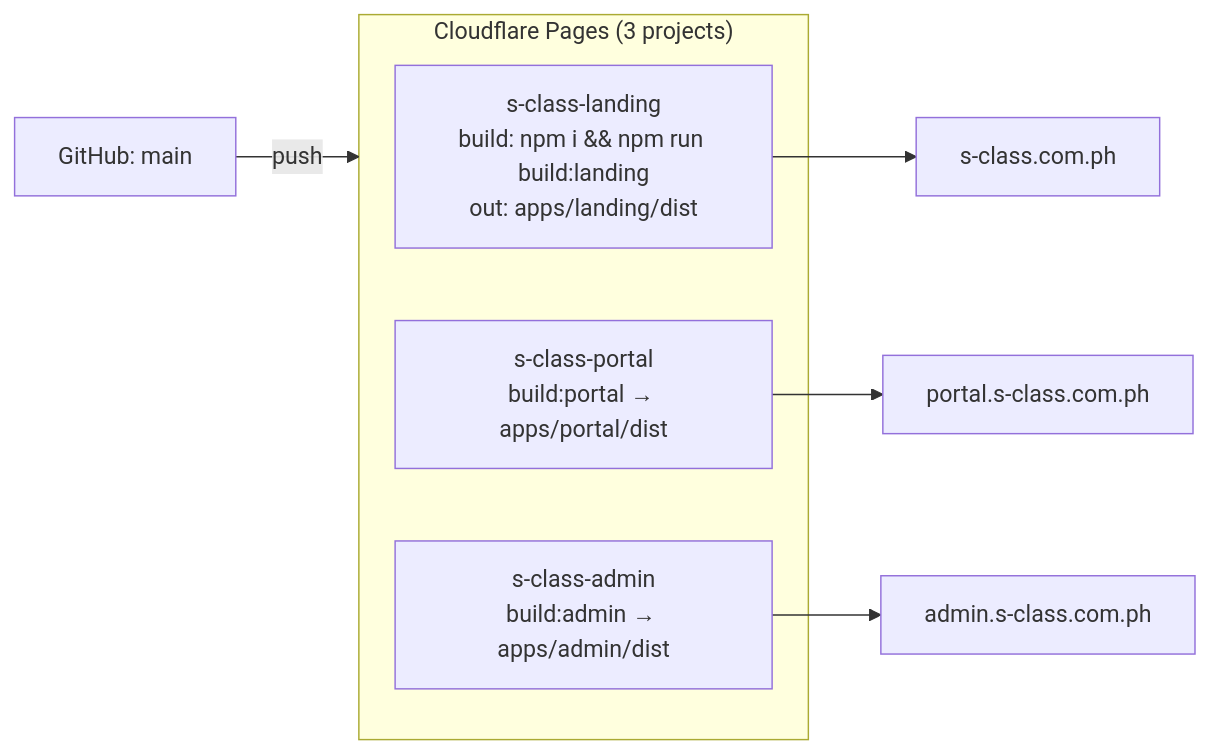
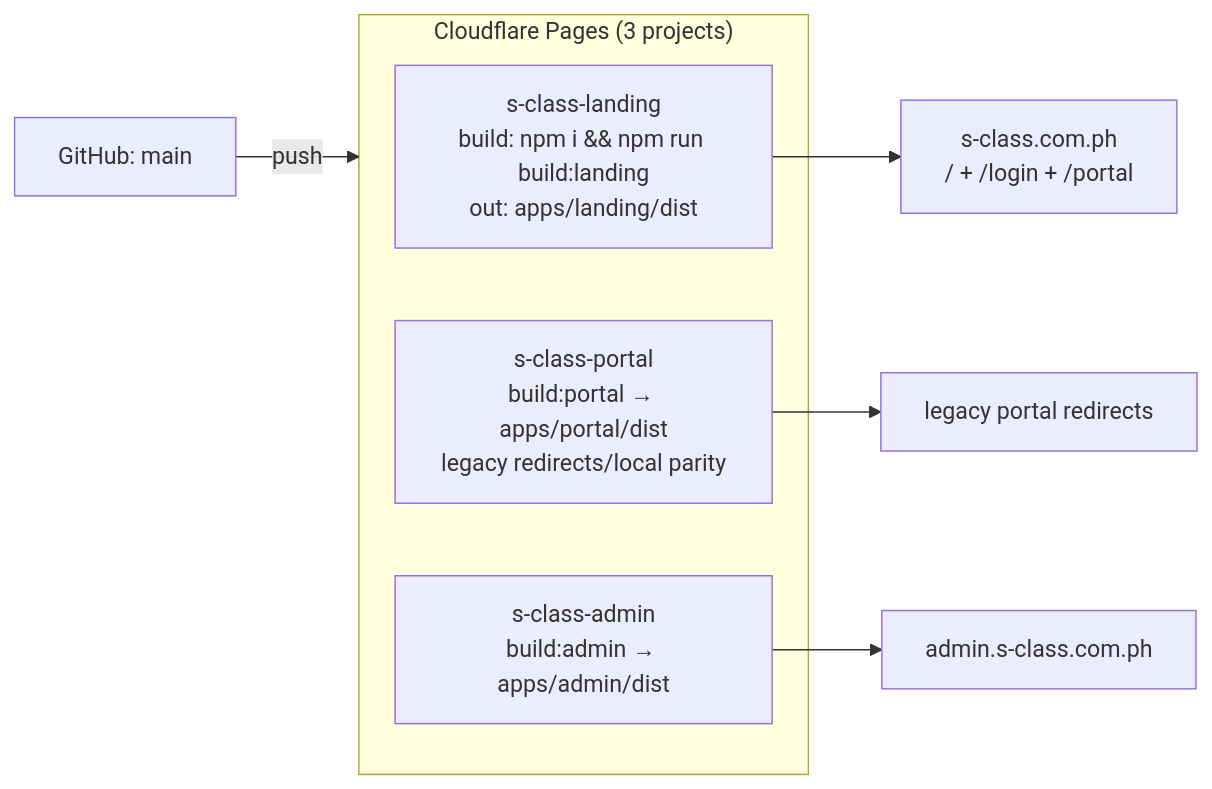
Before and after one commit to johnryAtienza/elearning-review-platform: the first of 2 diagrams in docs/environments.md, drawn with Mermaid. The commit also changed other lines of this file and 47 other files, not shown here.

````diff
--- a/docs/environments.md
+++ b/docs/environments.md
@@ -27,12 +27,12 @@
 ```mermaid
 flowchart LR
   GH["GitHub: main"] -->|push| CF
   subgraph CF["Cloudflare Pages (3 projects)"]
     PL["s-class-landing<br/>build: npm i && npm run build:landing<br/>out: apps/landing/dist"]
-    PP["s-class-portal<br/>build:portal → apps/portal/dist"]
+    PP["s-class-portal<br/>build:portal → apps/portal/dist<br/>legacy redirects/local parity"]
     PA["s-class-admin<br/>build:admin → apps/admin/dist"]
   end
-  PL --> D1["s-class.com.ph"]
-  PP --> D2["portal.s-class.com.ph"]
+  PL --> D1["s-class.com.ph<br/>/ + /login + /portal"]
+  PP --> D2["legacy portal redirects"]
   PA --> D3["admin.s-class.com.ph"]
 ```
````
